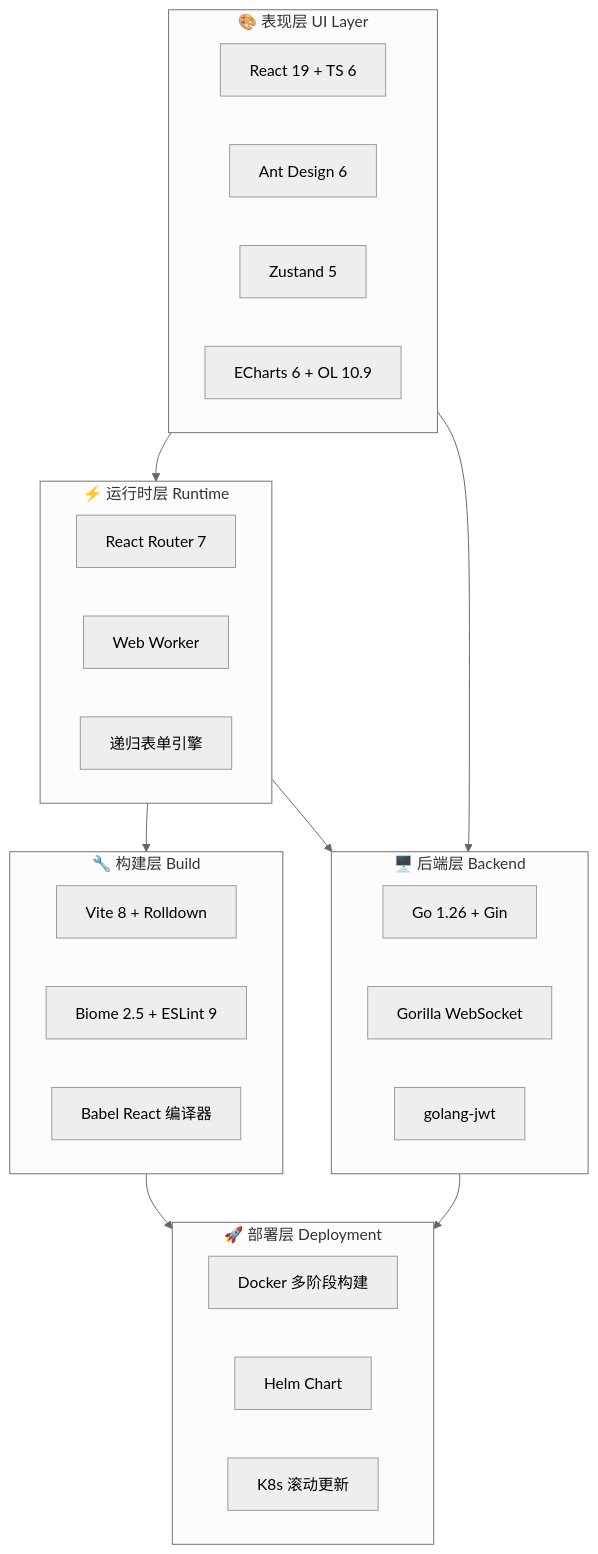
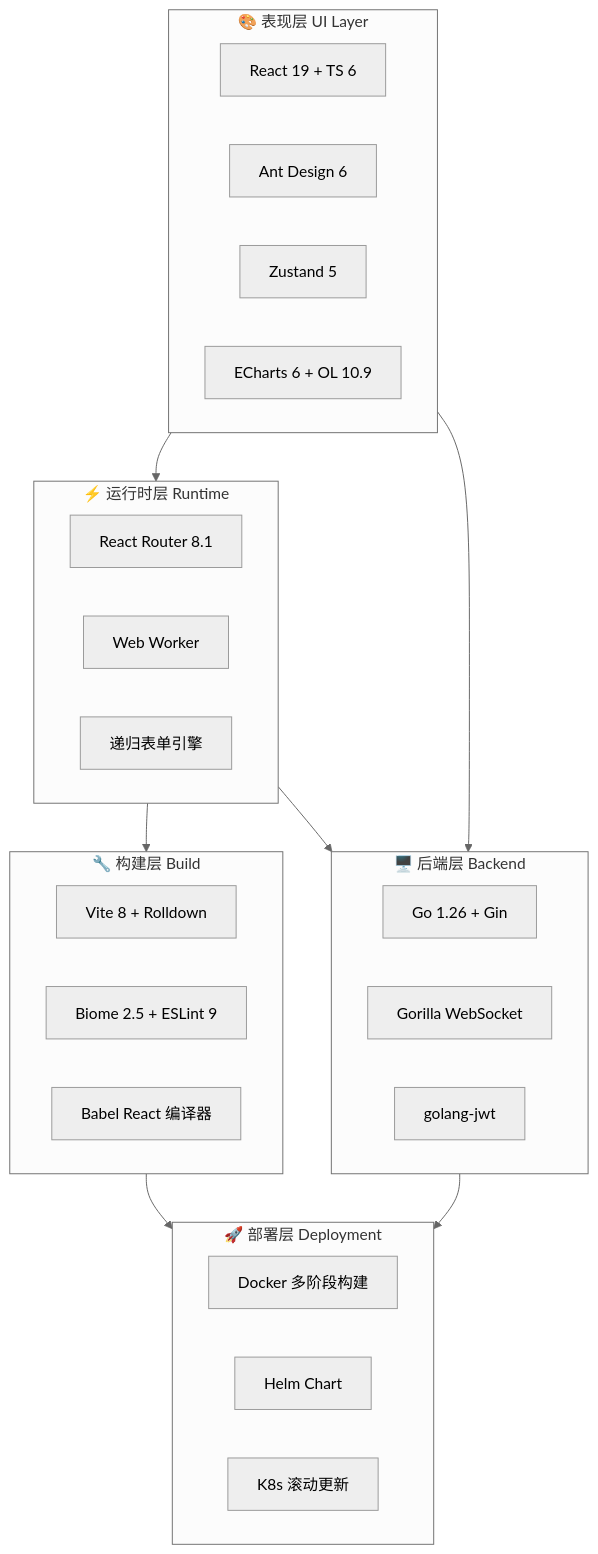
One commit to KMaybe01/common changed the second of 47 diagrams in S4-面试冲刺/00-面试技术亮点汇总.md. Above: the diagram before and after it, drawn with Mermaid (neutral theme). The commit also changed other lines of this file and 23 other files, not shown here.

````diff
--- a/S4-面试冲刺/00-面试技术亮点汇总.md
+++ b/S4-面试冲刺/00-面试技术亮点汇总.md
@@ -72,39 +72,39 @@
 ```mermaid
 graph TB
     subgraph UI["🎨 表现层 UI Layer"]
         React["React 19 + TS 6"]
         Antd["Ant Design 6"]
         Zustand["Zustand 5"]
         Charts["ECharts 6 + OL 10.9"]
     end
 
     subgraph Runtime["⚡ 运行时层 Runtime"]
-        Router["React Router 7"]
+        Router["React Router 8.1"]
         Worker["Web Worker"]
         Form["递归表单引擎"]
     end
 
     subgraph Build["🔧 构建层 Build"]
         Vite["Vite 8 + Rolldown"]
         Biome["Biome 2.5 + ESLint 9"]
         Babel["Babel React 编译器"]
     end
 
     subgraph Backend["🖥️ 后端层 Backend"]
         Go["Go 1.26 + Gin"]
         WS["Gorilla WebSocket"]
         JWT["golang-jwt"]
     end
 
     subgraph Deploy["🚀 部署层 Deployment"]
         Docker["Docker 多阶段构建"]
         Helm["Helm Chart"]
         K8s["K8s 滚动更新"]
     end
 
     UI --> Runtime --> Build
     UI --> Backend
     Runtime --> Backend
     Build --> Deploy
     Backend --> Deploy
 ```
````
